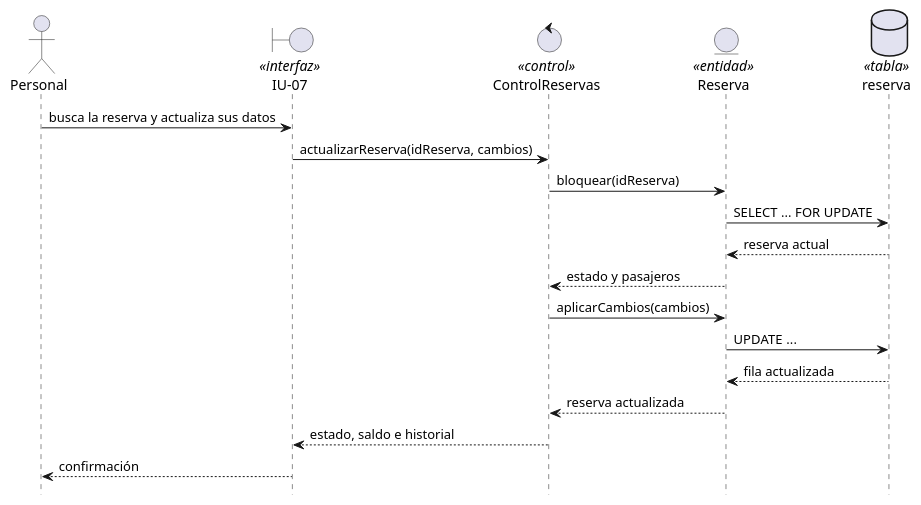
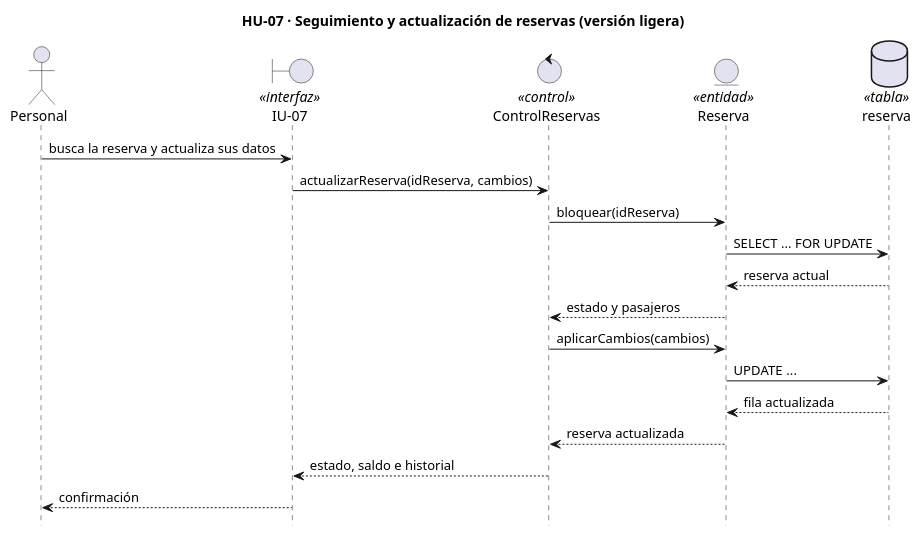
Before and after one commit to fervflow/sis-inf3-proyecto-formativo: the diagram in sistema/diagramas/uml/secuencia-light/hu-07-actualizar-reserva.puml, drawn with PlantUML. The commit also changed 24 other files, not shown here.

Commit message:
feat: titulo de HU en diagramas de secuencia

```diff
--- a/sistema/diagramas/uml/secuencia-light/hu-07-actualizar-reserva.puml
+++ b/sistema/diagramas/uml/secuencia-light/hu-07-actualizar-reserva.puml
@@ -1,23 +1,23 @@
 @startuml
-' HU-07 · Seguimiento y actualización de reservas (versión ligera)
+title HU-07 · Seguimiento y actualización de reservas (versión ligera)
 hide footbox
 
 actor "Personal" as PER
 boundary "IU-07" as UI <<interfaz>>
 control "ControlReservas" as CTRL <<control>>
 entity "Reserva" as E_RESERVA <<entidad>>
 database "reserva" as T_RESERVA <<tabla>>
 
 PER -> UI : busca la reserva y actualiza sus datos
 UI -> CTRL : actualizarReserva(idReserva, cambios)
 CTRL -> E_RESERVA : bloquear(idReserva)
 E_RESERVA -> T_RESERVA : SELECT ... FOR UPDATE
 T_RESERVA --> E_RESERVA : reserva actual
 E_RESERVA --> CTRL : estado y pasajeros
 CTRL -> E_RESERVA : aplicarCambios(cambios)
 E_RESERVA -> T_RESERVA : UPDATE ...
 T_RESERVA --> E_RESERVA : fila actualizada
 E_RESERVA --> CTRL : reserva actualizada
 CTRL --> UI : estado, saldo e historial
 UI --> PER : confirmación
 @enduml
```
